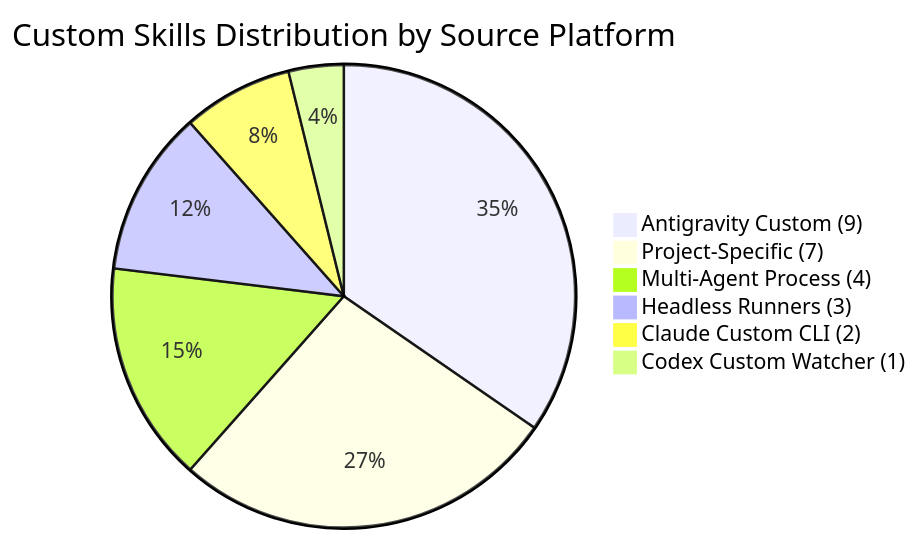
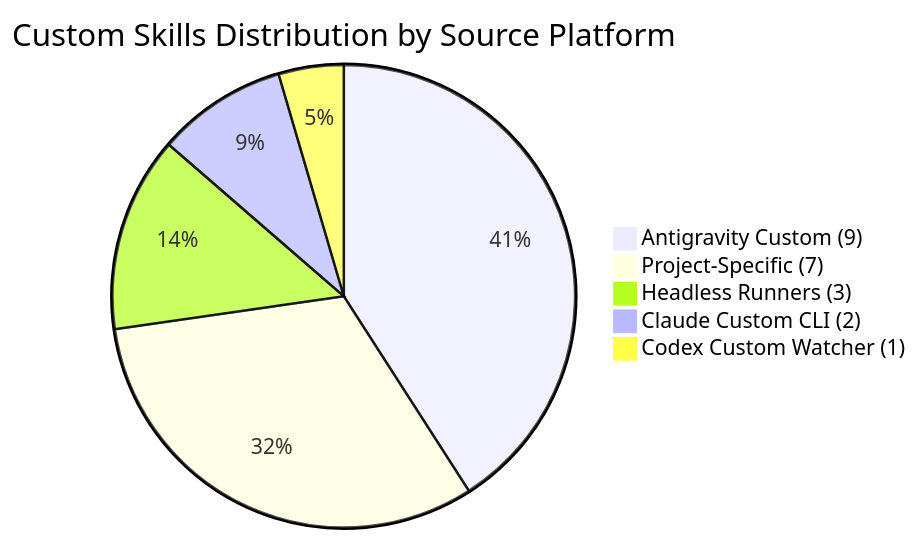
The diagram in docs/TAXONOMY.md (trishul-developers/trishul-skills), drawn with Mermaid before and after one commit. The commit also changed other lines of this file and 7 other files, not shown here.

````diff
--- a/docs/TAXONOMY.md
+++ b/docs/TAXONOMY.md
@@ -9,9 +9,8 @@
 ```mermaid
 pie title Custom Skills Distribution by Source Platform
     "Antigravity Custom (9)" : 9
     "Project-Specific (7)" : 7
-    "Multi-Agent Process (4)" : 4
     "Headless Runners (3)" : 3
     "Claude Custom CLI (2)" : 2
     "Codex Custom Watcher (1)" : 1
 ```
````
